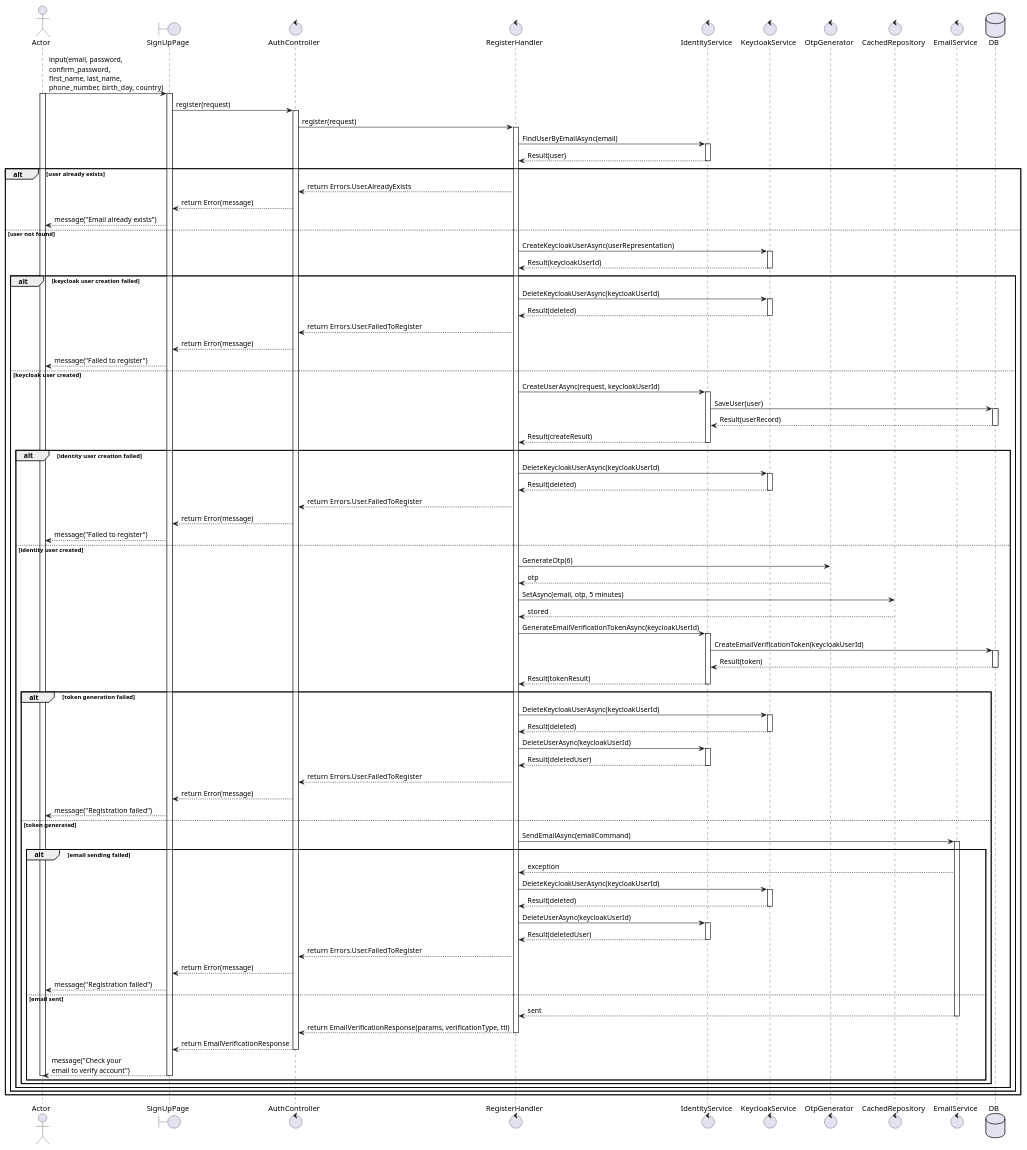
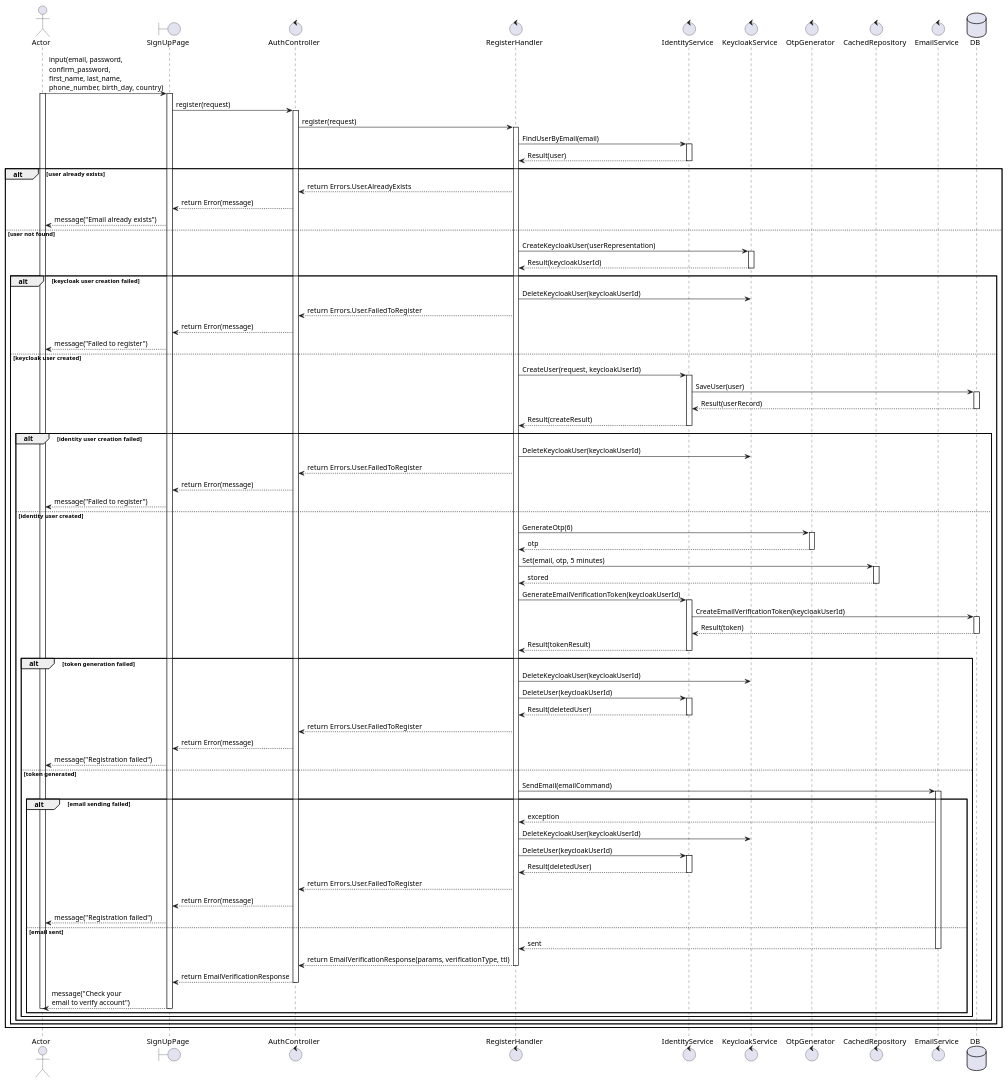
The diagram in docs/usecases/UC1_register.plantuml (Young-Z-Generation-YZG/your-comfort-my-apple), drawn with PlantUML before and after one commit. The commit also changed other lines of this file and 13 other files, not shown here.

```diff
--- a/docs/usecases/UC1_register.plantuml
+++ b/docs/usecases/UC1_register.plantuml
@@ -1,115 +1,107 @@
 @startuml UC1_Register
 actor Actor
 boundary SignUpPage
 control AuthController
 control RegisterHandler
 control IdentityService
 control KeycloakService
 control OtpGenerator
 control CachedRepository
 control EmailService
 database DB
 
 Actor -> SignUpPage: input(email, password, \nconfirm_password, \nfirst_name, last_name, \nphone_number, birth_day, country)
 activate Actor
 activate SignUpPage
 SignUpPage -> AuthController: register(request)
 activate AuthController
 AuthController -> RegisterHandler: register(request)
 activate RegisterHandler
-RegisterHandler -> IdentityService: FindUserByEmailAsync(email)
+RegisterHandler -> IdentityService: FindUserByEmail(email)
 activate IdentityService
 IdentityService --> RegisterHandler: Result(user)
 deactivate IdentityService
 alt user already exists
     RegisterHandler --> AuthController: return Errors.User.AlreadyExists
     AuthController --> SignUpPage: return Error(message)
     SignUpPage --> Actor: message("Email already exists")
 else user not found
-    RegisterHandler -> KeycloakService: CreateKeycloakUserAsync(userRepresentation)
+    RegisterHandler -> KeycloakService: CreateKeycloakUser(userRepresentation)
     activate KeycloakService
     KeycloakService --> RegisterHandler: Result(keycloakUserId)
     deactivate KeycloakService
     alt keycloak user creation failed
-        RegisterHandler -> KeycloakService: DeleteKeycloakUserAsync(keycloakUserId)
-        activate KeycloakService
-        KeycloakService --> RegisterHandler: Result(deleted)
-        deactivate KeycloakService
+        RegisterHandler -> KeycloakService: DeleteKeycloakUser(keycloakUserId)
         RegisterHandler --> AuthController: return Errors.User.FailedToRegister
         AuthController --> SignUpPage: return Error(message)
         SignUpPage --> Actor: message("Failed to register")
     else keycloak user created
-        RegisterHandler -> IdentityService: CreateUserAsync(request, keycloakUserId)
+        RegisterHandler -> IdentityService: CreateUser(request, keycloakUserId)
         activate IdentityService
         IdentityService -> DB: SaveUser(user)
         activate DB
         DB --> IdentityService: Result(userRecord)
         deactivate DB
         IdentityService --> RegisterHandler: Result(createResult)
         deactivate IdentityService
         alt identity user creation failed
-            RegisterHandler -> KeycloakService: DeleteKeycloakUserAsync(keycloakUserId)
-            activate KeycloakService
-            KeycloakService --> RegisterHandler: Result(deleted)
-            deactivate KeycloakService
+            RegisterHandler -> KeycloakService: DeleteKeycloakUser(keycloakUserId)
             RegisterHandler --> AuthController: return Errors.User.FailedToRegister
             AuthController --> SignUpPage: return Error(message)
             SignUpPage --> Actor: message("Failed to register")
         else identity user created
             RegisterHandler -> OtpGenerator: GenerateOtp(6)
+            activate OtpGenerator
             OtpGenerator --> RegisterHandler: otp
-            RegisterHandler -> CachedRepository: SetAsync(email, otp, 5 minutes)
+            deactivate OtpGenerator
+            RegisterHandler -> CachedRepository: Set(email, otp, 5 minutes)
+            activate CachedRepository
             CachedRepository --> RegisterHandler: stored
-            RegisterHandler -> IdentityService: GenerateEmailVerificationTokenAsync(keycloakUserId)
+            deactivate CachedRepository
+            RegisterHandler -> IdentityService: GenerateEmailVerificationToken(keycloakUserId)
             activate IdentityService
             IdentityService -> DB: CreateEmailVerificationToken(keycloakUserId)
             activate DB
             DB --> IdentityService: Result(token)
             deactivate DB
             IdentityService --> RegisterHandler: Result(tokenResult)
             deactivate IdentityService
             alt token generation failed
-                RegisterHandler -> KeycloakService: DeleteKeycloakUserAsync(keycloakUserId)
-                activate KeycloakService
-                KeycloakService --> RegisterHandler: Result(deleted)
-                deactivate KeycloakService
-                RegisterHandler -> IdentityService: DeleteUserAsync(keycloakUserId)
+                RegisterHandler -> KeycloakService: DeleteKeycloakUser(keycloakUserId)
+                RegisterHandler -> IdentityService: DeleteUser(keycloakUserId)
                 activate IdentityService
                 IdentityService --> RegisterHandler: Result(deletedUser)
                 deactivate IdentityService
                 RegisterHandler --> AuthController: return Errors.User.FailedToRegister
                 AuthController --> SignUpPage: return Error(message)
                 SignUpPage --> Actor: message("Registration failed")
             else token generated
-                RegisterHandler -> EmailService: SendEmailAsync(emailCommand)
+                RegisterHandler -> EmailService: SendEmail(emailCommand)
                 activate EmailService
                 alt email sending failed
                     EmailService --> RegisterHandler: exception
-                    RegisterHandler -> KeycloakService: DeleteKeycloakUserAsync(keycloakUserId)
-                    activate KeycloakService
-                    KeycloakService --> RegisterHandler: Result(deleted)
-                    deactivate KeycloakService
-                    RegisterHandler -> IdentityService: DeleteUserAsync(keycloakUserId)
+                    RegisterHandler -> KeycloakService: DeleteKeycloakUser(keycloakUserId)
+                    RegisterHandler -> IdentityService: DeleteUser(keycloakUserId)
                     activate IdentityService
                     IdentityService --> RegisterHandler: Result(deletedUser)
                     deactivate IdentityService
                     RegisterHandler --> AuthController: return Errors.User.FailedToRegister
                     AuthController --> SignUpPage: return Error(message)
                     SignUpPage --> Actor: message("Registration failed")
                 else email sent
                     EmailService --> RegisterHandler: sent
                     deactivate EmailService
                     RegisterHandler --> AuthController: return EmailVerificationResponse(params, verificationType, ttl)
                     deactivate RegisterHandler
                     AuthController --> SignUpPage: return EmailVerificationResponse
                     deactivate AuthController
                     SignUpPage --> Actor: message("Check your \nemail to verify account")
                     deactivate SignUpPage
                     deactivate Actor
                 end
             end
         end
     end
 end
 
 @enduml
```
